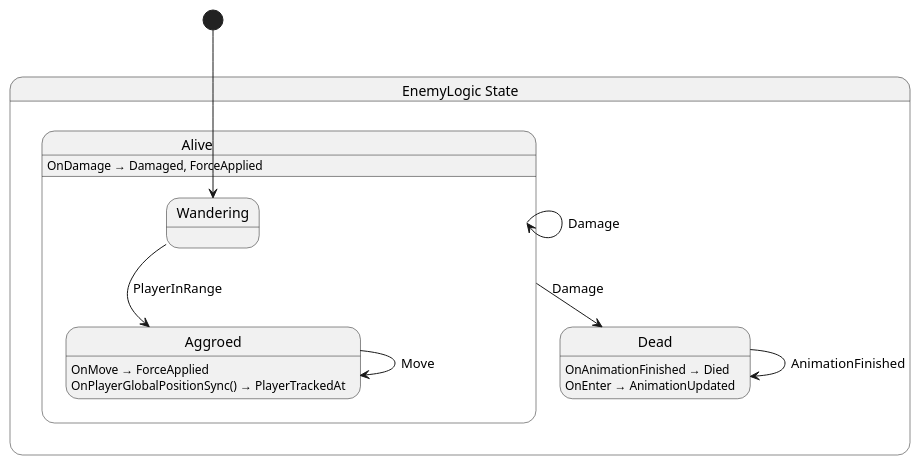
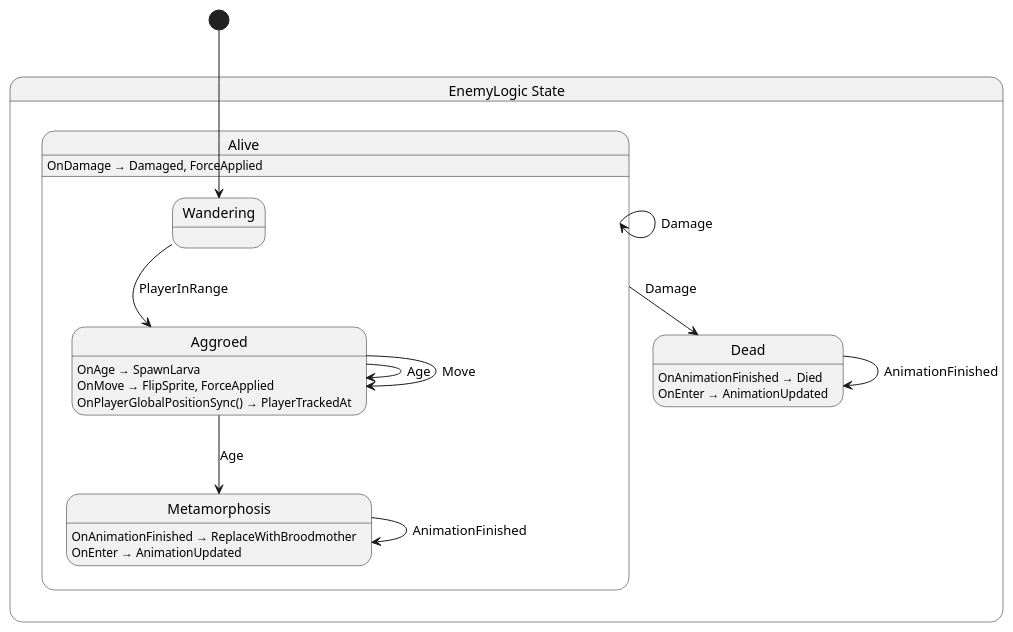
One commit to nilsiker/godot-wild-jam-77 changed the diagram in src/enemy/state/EnemyLogic.g.puml. Above: the diagram before and after it, drawn with PlantUML. The commit also changed 69 other files, not shown here.

```diff
--- a/src/enemy/state/EnemyLogic.g.puml
+++ b/src/enemy/state/EnemyLogic.g.puml
@@ -1,23 +1,30 @@
 @startuml EnemyLogic
 state "EnemyLogic State" as Nevergreen_EnemyLogic_State {
   state "Alive" as Nevergreen_EnemyLogic_State_Alive {
     state "Aggroed" as Nevergreen_EnemyLogic_State_Alive_Aggroed
+    state "Metamorphosis" as Nevergreen_EnemyLogic_State_Alive_Metamorphosis
     state "Wandering" as Nevergreen_EnemyLogic_State_Alive_Wandering
   }
   state "Dead" as Nevergreen_EnemyLogic_State_Dead
 }
 
 Nevergreen_EnemyLogic_State_Alive --> Nevergreen_EnemyLogic_State_Alive : Damage
 Nevergreen_EnemyLogic_State_Alive --> Nevergreen_EnemyLogic_State_Dead : Damage
+Nevergreen_EnemyLogic_State_Alive_Aggroed --> Nevergreen_EnemyLogic_State_Alive_Aggroed : Age
 Nevergreen_EnemyLogic_State_Alive_Aggroed --> Nevergreen_EnemyLogic_State_Alive_Aggroed : Move
+Nevergreen_EnemyLogic_State_Alive_Aggroed --> Nevergreen_EnemyLogic_State_Alive_Metamorphosis : Age
+Nevergreen_EnemyLogic_State_Alive_Metamorphosis --> Nevergreen_EnemyLogic_State_Alive_Metamorphosis : AnimationFinished
 Nevergreen_EnemyLogic_State_Alive_Wandering --> Nevergreen_EnemyLogic_State_Alive_Aggroed : PlayerInRange
 Nevergreen_EnemyLogic_State_Dead --> Nevergreen_EnemyLogic_State_Dead : AnimationFinished
 
 Nevergreen_EnemyLogic_State_Alive : OnDamage → Damaged, ForceApplied
-Nevergreen_EnemyLogic_State_Alive_Aggroed : OnMove → ForceApplied
+Nevergreen_EnemyLogic_State_Alive_Aggroed : OnAge → SpawnLarva
+Nevergreen_EnemyLogic_State_Alive_Aggroed : OnMove → FlipSprite, ForceApplied
 Nevergreen_EnemyLogic_State_Alive_Aggroed : OnPlayerGlobalPositionSync() → PlayerTrackedAt
+Nevergreen_EnemyLogic_State_Alive_Metamorphosis : OnAnimationFinished → ReplaceWithBroodmother
+Nevergreen_EnemyLogic_State_Alive_Metamorphosis : OnEnter → AnimationUpdated
 Nevergreen_EnemyLogic_State_Dead : OnAnimationFinished → Died
 Nevergreen_EnemyLogic_State_Dead : OnEnter → AnimationUpdated
 
 [*] --> Nevergreen_EnemyLogic_State_Alive_Wandering
 @enduml
```
